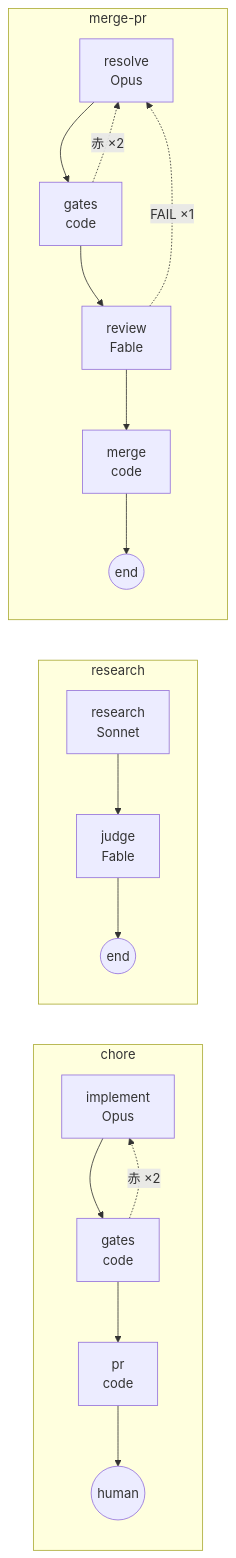
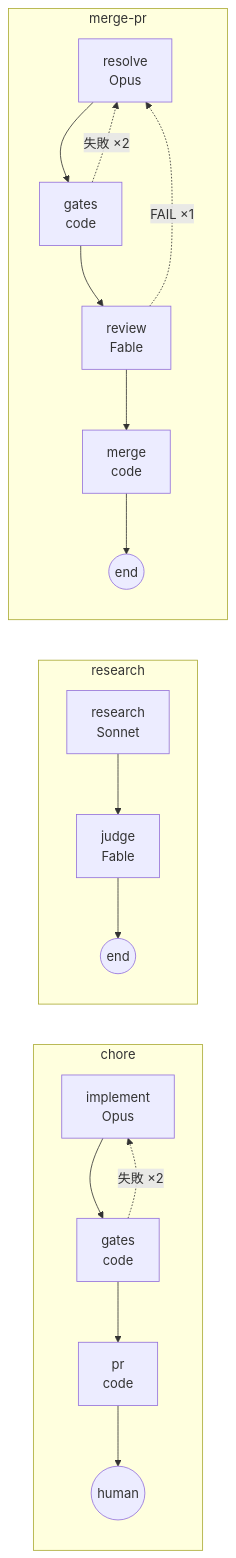
One commit to akkijp-oss/aifactory changed the third of 4 diagrams in website/content/ja/guides/workflows.md. Above: the diagram before and after it, drawn with Mermaid. The commit also changed other lines of this file and 40 other files, not shown here.

````diff
--- a/website/content/ja/guides/workflows.md
+++ b/website/content/ja/guides/workflows.md
@@ -36,15 +36,15 @@
 ```mermaid
 flowchart LR
   subgraph chore
     ic[implement<br>Opus] --> gc[gates<br>code] --> pc[pr<br>code] --> hc((human))
-    gc -. 赤 ×2 .-> ic
+    gc -. 失敗 ×2 .-> ic
   end
   subgraph research
     rr[research<br>Sonnet] --> jj[judge<br>Fable] --> ee((end))
   end
   subgraph merge-pr
     rs[resolve<br>Opus] --> gm[gates<br>code] --> rv[review<br>Fable] --> mg[merge<br>code] --> en((end))
-    gm -. 赤 ×2 .-> rs
+    gm -. 失敗 ×2 .-> rs
     rv -. FAIL ×1 .-> rs
   end
 ```
````
